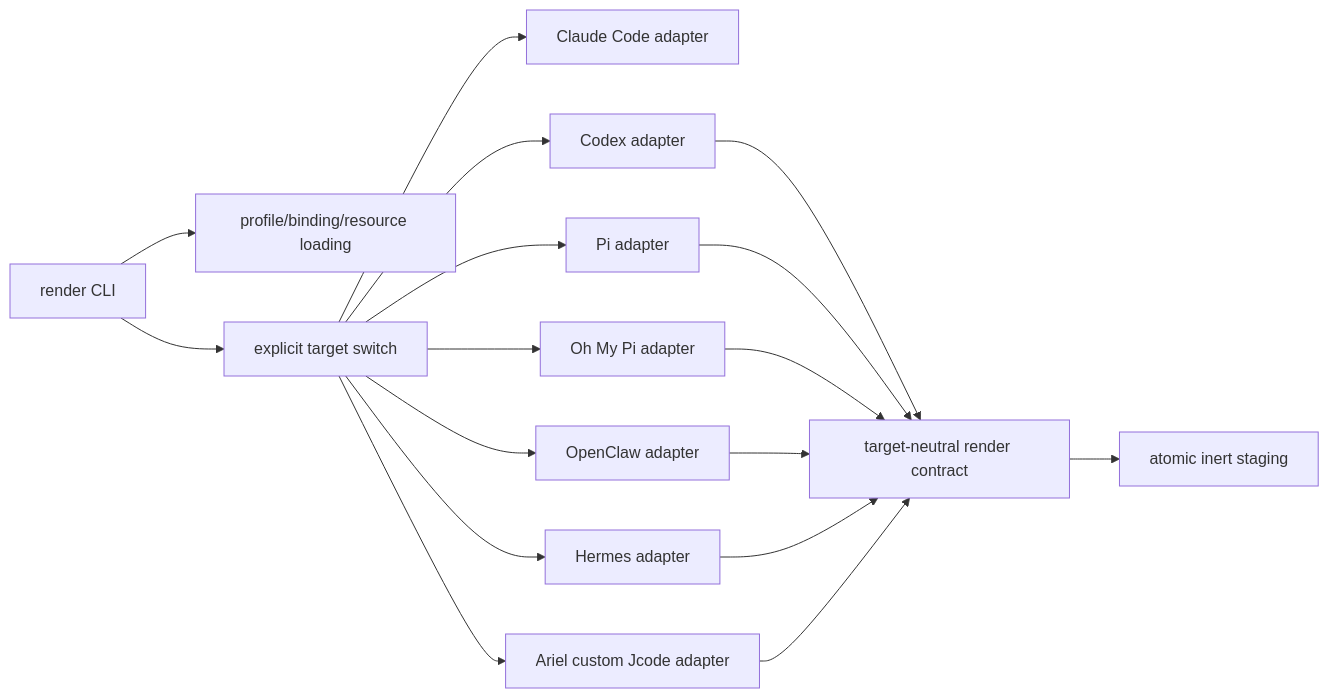
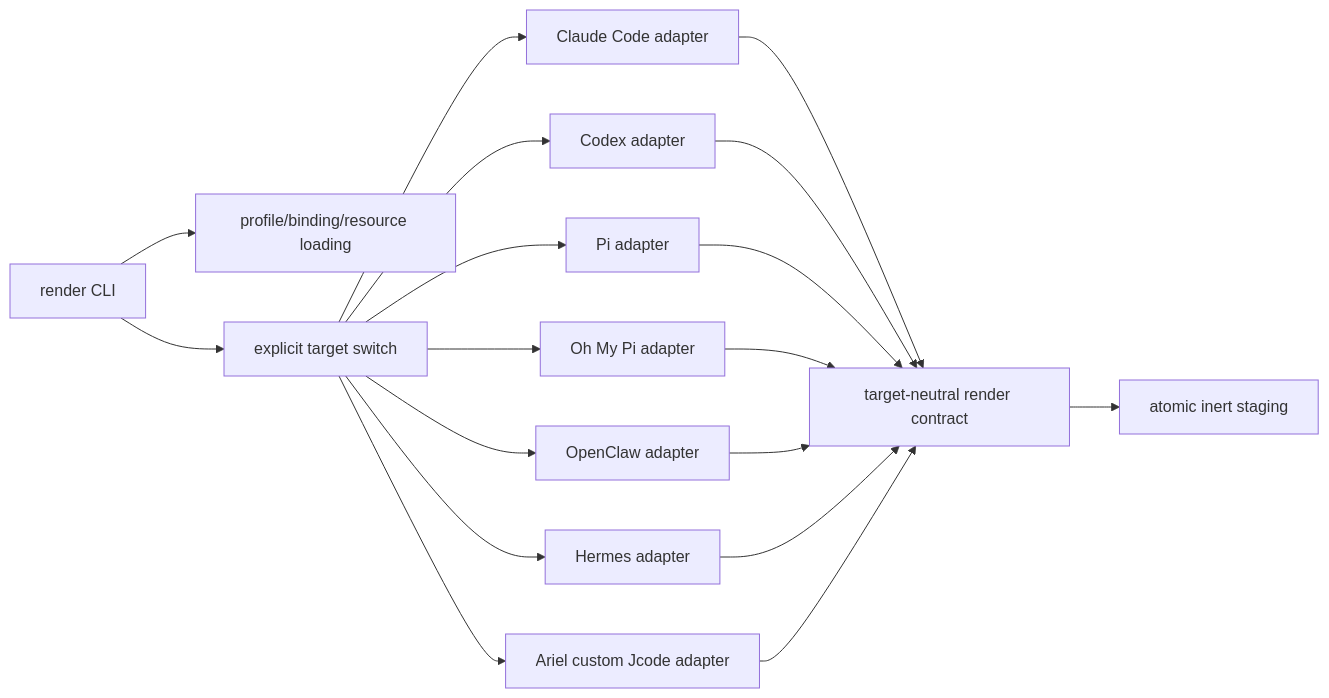
Before and after one commit to ariel-frischer/profile-mango: the diagram in docs/dev/adapter-architecture.md, drawn with Mermaid. The commit also changed other lines of this file and 26 other files, not shown here.

````diff
--- a/docs/dev/adapter-architecture.md
+++ b/docs/dev/adapter-architecture.md
@@ -9,19 +9,20 @@
 ```mermaid
 flowchart LR
     CLI[render CLI] --> LOAD[profile/binding/resource loading]
     CLI --> DISPATCH[explicit target switch]
     DISPATCH --> CLAUDE[Claude Code adapter]
     DISPATCH --> CODEX[Codex adapter]
     DISPATCH --> PI[Pi adapter]
     DISPATCH --> OMP[Oh My Pi adapter]
     DISPATCH --> OPENCLAW[OpenClaw adapter]
     DISPATCH --> HERMES[Hermes adapter]
     DISPATCH --> ARIEL[Ariel custom Jcode adapter]
+    CLAUDE --> CONTRACT
     CODEX --> CONTRACT[target-neutral render contract]
     PI --> CONTRACT
     OMP --> CONTRACT
     OPENCLAW --> CONTRACT
     HERMES --> CONTRACT
     ARIEL --> CONTRACT
     CONTRACT --> STAGE[atomic inert staging]
 ```
````
